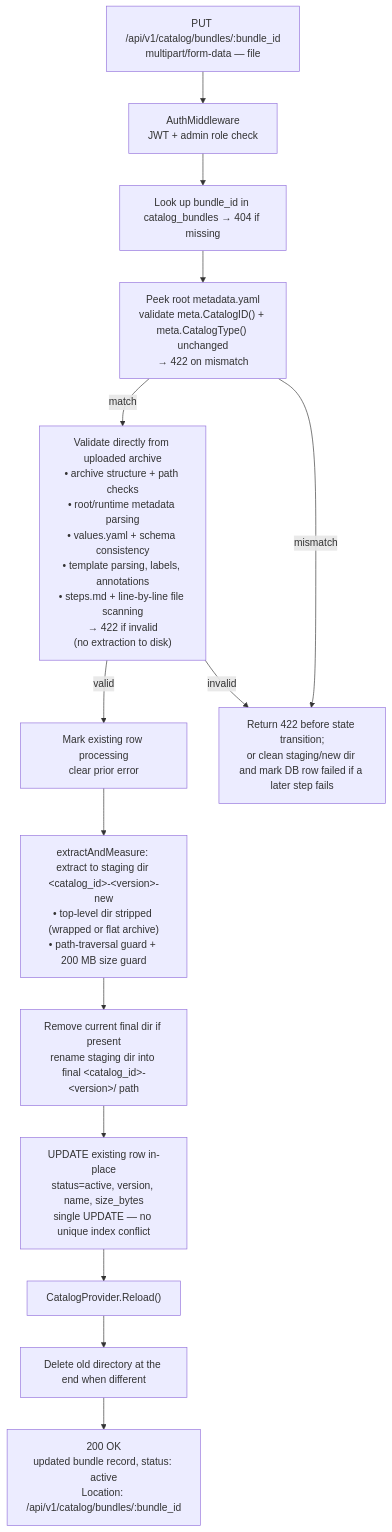
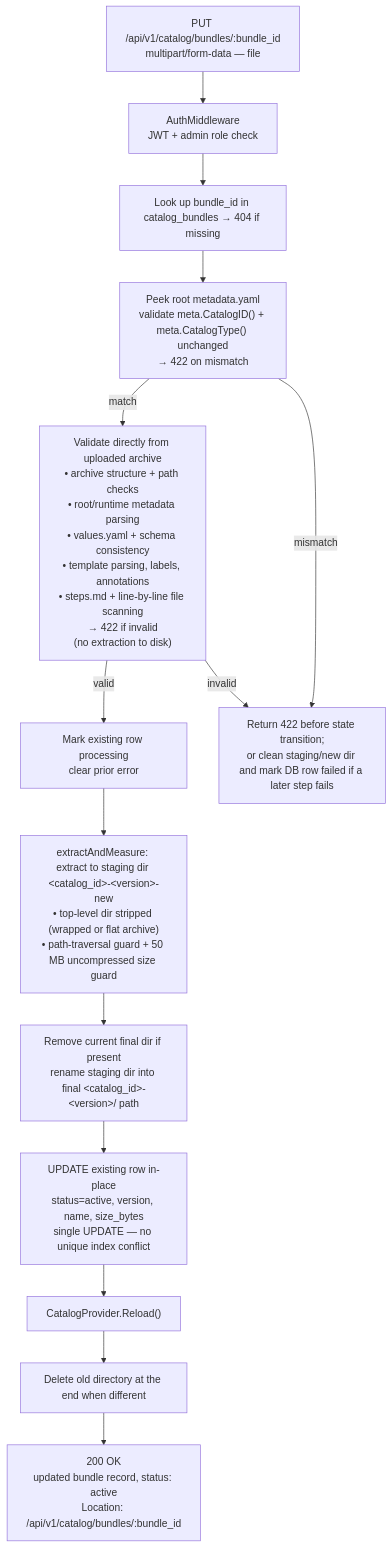
One commit to Abhishek-Kushwaha1/project-ai-services changed the third of 5 diagrams in docs/proposals/catalog/custom-service-templates-proposal.md. Above: the diagram before and after it, drawn with Mermaid. The commit also changed other lines of this file and 14 other files, not shown here.

````diff
--- a/docs/proposals/catalog/custom-service-templates-proposal.md
+++ b/docs/proposals/catalog/custom-service-templates-proposal.md
@@ -673,22 +673,22 @@
 ```mermaid
 flowchart TD
     REQ["PUT /api/v1/catalog/bundles/:bundle_id<br/>multipart/form-data — file"]
     AUTH["AuthMiddleware<br/>JWT + admin role check"]
     LOOKUP["Look up bundle_id in catalog_bundles → 404 if missing"]
     PEEK["Peek root metadata.yaml<br/>validate meta.CatalogID() + meta.CatalogType() unchanged<br/>→ 422 on mismatch"]
     VALIDATE["Validate directly from uploaded archive<br/>• archive structure + path checks<br/>• root/runtime metadata parsing<br/>• values.yaml + schema consistency<br/>• template parsing, labels, annotations<br/>• steps.md + line-by-line file scanning<br/>→ 422 if invalid<br/>(no extraction to disk)"]
     MARKPROC["Mark existing row processing<br/>clear prior error"]
-    EXTRACT["extractAndMeasure: extract to staging dir &lt;catalog_id&gt;-&lt;version&gt;-new<br/>• top-level dir stripped (wrapped or flat archive)<br/>• path-traversal guard + 200 MB size guard"]
+    EXTRACT["extractAndMeasure: extract to staging dir &lt;catalog_id&gt;-&lt;version&gt;-new<br/>• top-level dir stripped (wrapped or flat archive)<br/>• path-traversal guard + 50 MB uncompressed size guard"]
     SWAP["Remove current final dir if present<br/>rename staging dir into final &lt;catalog_id&gt;-&lt;version&gt;/ path"]
     DBUPDATE["UPDATE existing row in-place<br/>status=active, version, name, size_bytes<br/>single UPDATE — no unique index conflict"]
     RELOAD["CatalogProvider.Reload()"]
     RMOLDDIR["Delete old directory at the end when different"]
     RESP["200 OK<br/>updated bundle record, status: active<br/>Location: /api/v1/catalog/bundles/:bundle_id"]
     FAIL["Return 422 before state transition;<br/>or clean staging/new dir and mark DB row failed if a later step fails"]
 
     REQ --> AUTH --> LOOKUP --> PEEK
     PEEK -->|"match"| VALIDATE
     PEEK -->|"mismatch"| FAIL
     VALIDATE -->|"invalid"| FAIL
     VALIDATE -->|"valid"| MARKPROC --> EXTRACT --> SWAP --> DBUPDATE --> RELOAD --> RMOLDDIR --> RESP
 ```
````
